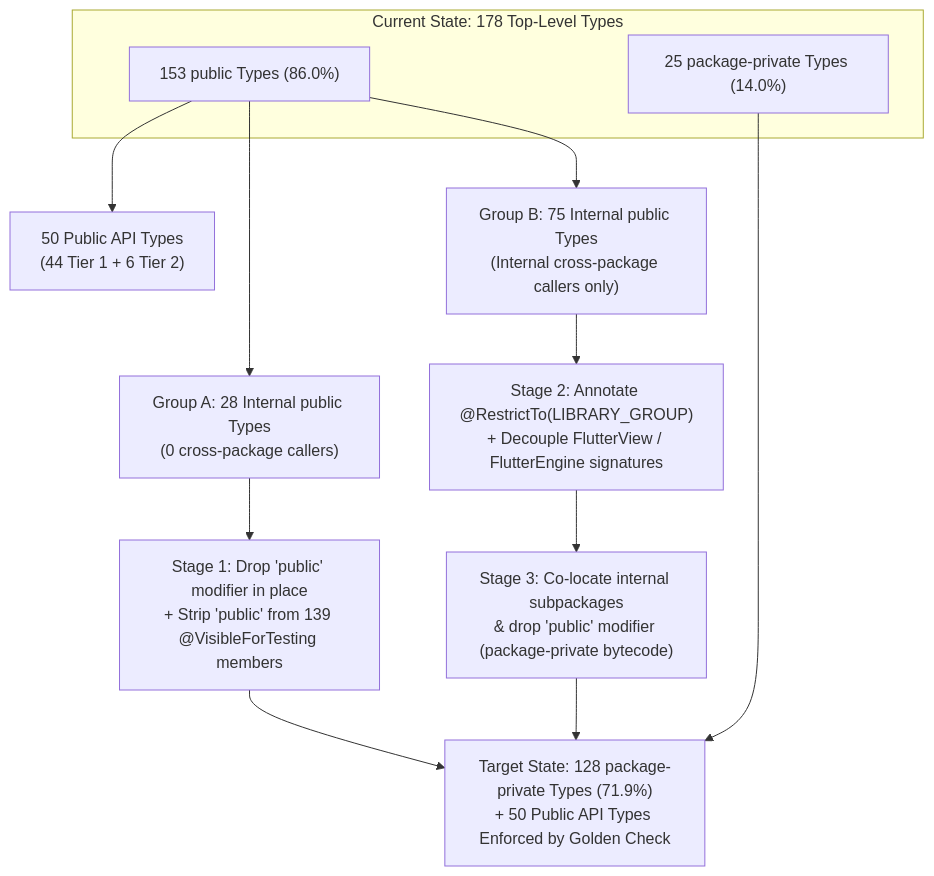
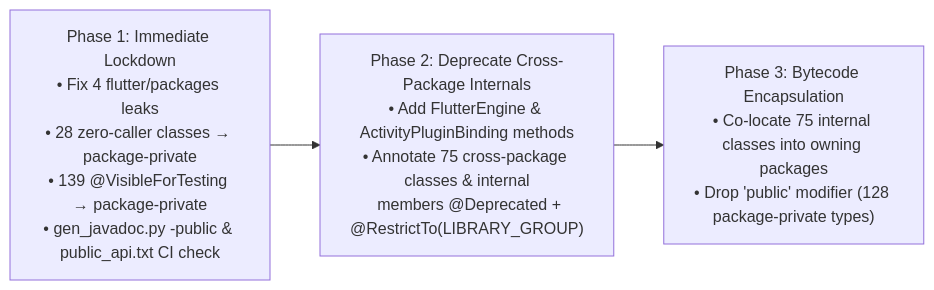
Before and after one commit to flutter/rfc: the diagram in rfc/410.0000-flutter-android-public-api-surface.md, drawn with Mermaid. The commit also changed other lines of this file, not shown here.

````diff
--- a/rfc/410.0000-flutter-android-public-api-surface.md
+++ b/rfc/410.0000-flutter-android-public-api-surface.md
@@ -383,19 +130,5 @@
 ```mermaid
-flowchart TD
-    subgraph Current["Current State: 178 Top-Level Types"]
-        P["153 public Types (86.0%)"]
-        PP["25 package-private Types (14.0%)"]
-    end
-
-    P --> T12["50 Public API Types<br/>(44 Tier 1 + 6 Tier 2)"]
-    P --> GA["Group A: 28 Internal public Types<br/>(0 cross-package callers)"]
-    P --> GB["Group B: 75 Internal public Types<br/>(Internal cross-package callers only)"]
-
-    GA --> Stage1["Stage 1: Drop 'public' modifier in place<br/>+ Strip 'public' from 139 @VisibleForTesting members"]
-    GB --> Stage2["Stage 2: Annotate @RestrictTo(LIBRARY_GROUP)<br/>+ Decouple FlutterView / FlutterEngine signatures"]
-    Stage2 --> Stage3["Stage 3: Co-locate internal subpackages<br/>& drop 'public' modifier (package-private bytecode)"]
-
-    Stage1 --> Final["Target State: 128 package-private Types (71.9%)<br/>+ 50 Public API Types Enforced by Golden Check"]
-    Stage3 --> Final
-    PP --> Final
+flowchart LR
+    P1["Phase 1: Immediate Lockdown<br/>• Fix 4 flutter/packages leaks<br/>• 28 zero-caller classes → package-private<br/>• 139 @VisibleForTesting → package-private<br/>• gen_javadoc.py -public & public_api.txt CI check"] --> P2["Phase 2: Deprecate Cross-Package Internals<br/>• Add FlutterEngine & ActivityPluginBinding methods<br/>• Annotate 75 cross-package classes & internal<br/>  members @Deprecated + @RestrictTo(LIBRARY_GROUP)"]
+    P2 --> P3["Phase 3: Bytecode Encapsulation<br/>• Co-locate 75 internal classes into owning packages<br/>• Drop 'public' modifier (128 package-private types)"]
 ```
````
